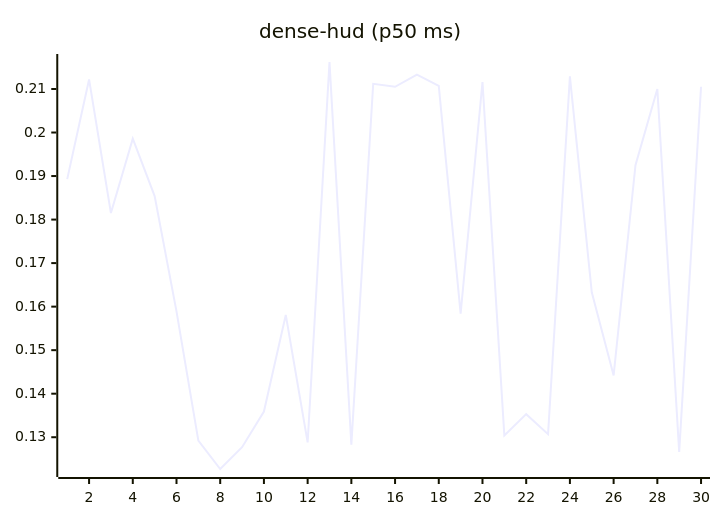
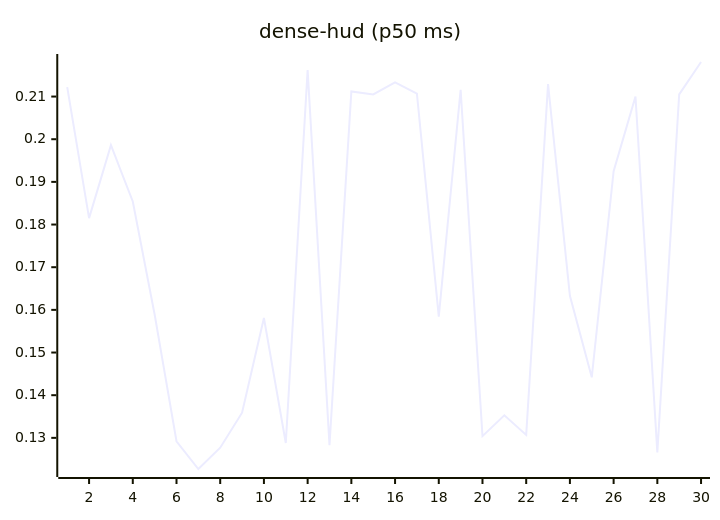
One commit to josha/Facet changed the eighth of 27 diagrams in README.md. Above: the diagram before and after it, drawn with Mermaid. The commit also changed other lines of this file and 2 other files, not shown here.

````diff
--- a/README.md
+++ b/README.md
@@ -112,6 +112,6 @@
 ```mermaid
 xychart-beta
     title "dense-hud (p50 ms)"
     x-axis 1 --> 30
-    line [0.1893, 0.2122, 0.1815, 0.1986, 0.1854, 0.1589, 0.1292, 0.1227, 0.1277, 0.1359, 0.1581, 0.1288, 0.2162, 0.1283, 0.2112, 0.2105, 0.2133, 0.2107, 0.1584, 0.2116, 0.1304, 0.1353, 0.1307, 0.2129, 0.1633, 0.1442, 0.1925, 0.2100, 0.1266, 0.2105]
+    line [0.2122, 0.1815, 0.1986, 0.1854, 0.1589, 0.1292, 0.1227, 0.1277, 0.1359, 0.1581, 0.1288, 0.2162, 0.1283, 0.2112, 0.2105, 0.2133, 0.2107, 0.1584, 0.2116, 0.1304, 0.1353, 0.1307, 0.2129, 0.1633, 0.1442, 0.1925, 0.2100, 0.1266, 0.2105, 0.2181]
 ```
````
